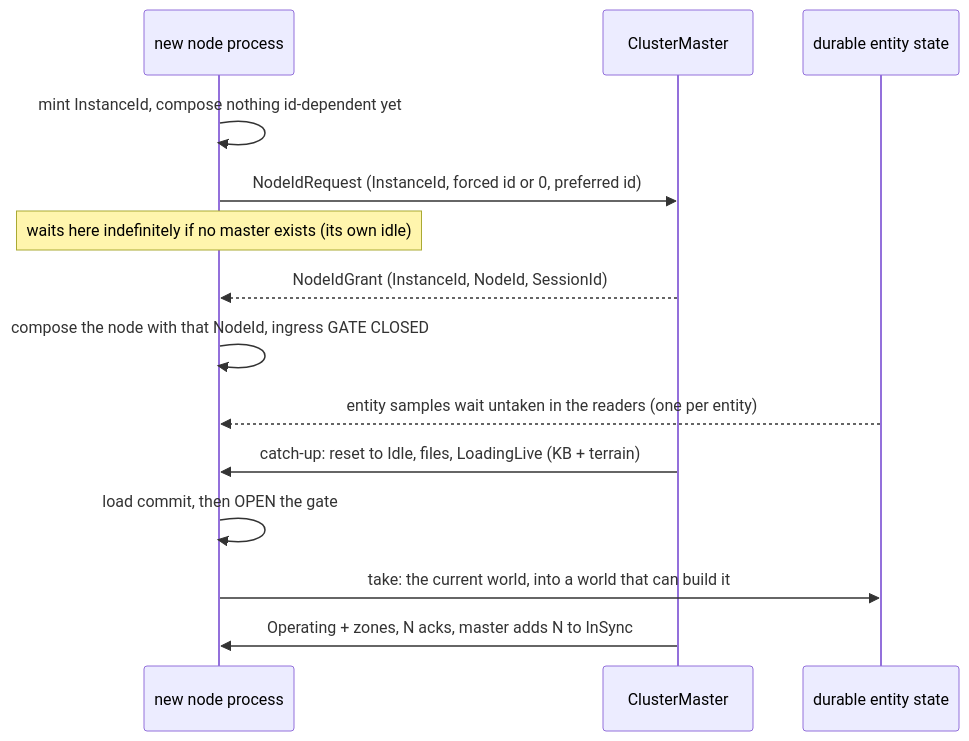
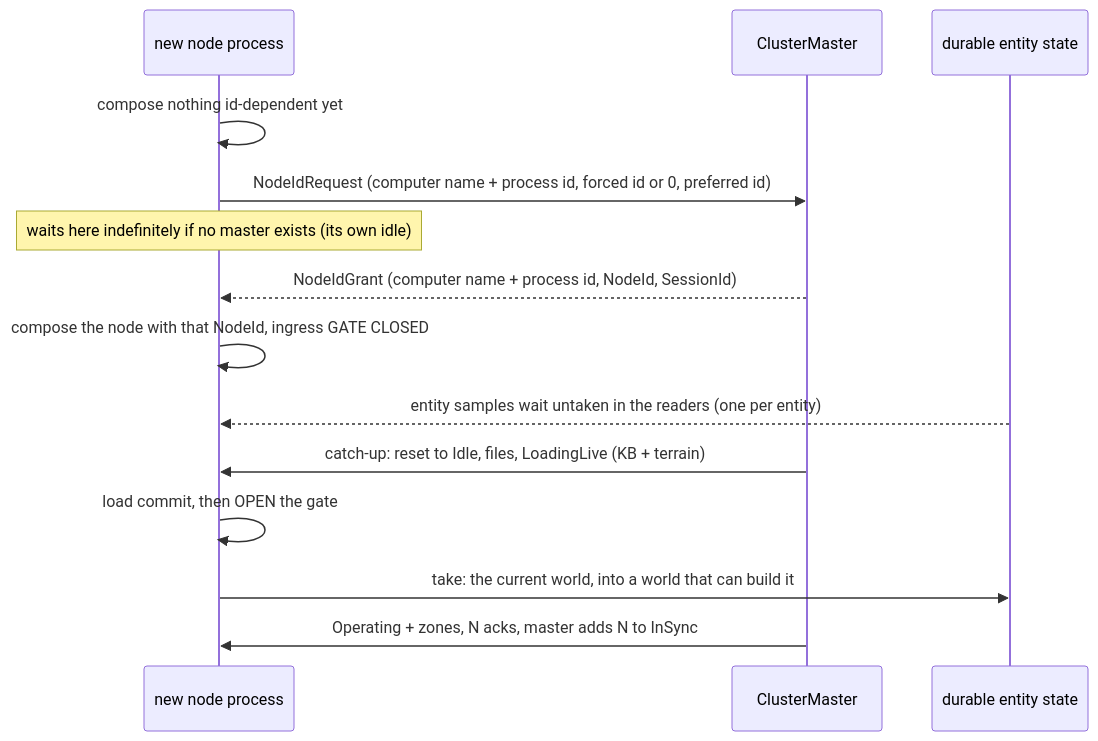
One commit to pjanec/HROT changed diagram 11 of 11 in docs/blueprints/Architect_Question_91_Player_Nodes.md. Above: the diagram before and after it, drawn with Mermaid. The commit also changed other lines of this file and 1 other file, not shown here.

First line of the commit message:
docs(rulings): R-4015 a late joiner never reads the scenario (K5′); R-4016 no random ids — a process is computer name + process id until the master names it (L1/R-4009 amended)

````diff
--- a/docs/blueprints/Architect_Question_91_Player_Nodes.md
+++ b/docs/blueprints/Architect_Question_91_Player_Nodes.md
@@ -927,16 +929,16 @@
 ```mermaid
 sequenceDiagram
   participant N as new node process
   participant M as ClusterMaster
   participant D as durable entity state
-  N->>N: mint InstanceId, compose nothing id-dependent yet
-  N->>M: NodeIdRequest (InstanceId, forced id or 0, preferred id)
+  N->>N: compose nothing id-dependent yet
+  N->>M: NodeIdRequest (computer name + process id, forced id or 0, preferred id)
   Note over N: waits here indefinitely if no master exists (its own idle)
-  M-->>N: NodeIdGrant (InstanceId, NodeId, SessionId)
+  M-->>N: NodeIdGrant (computer name + process id, NodeId, SessionId)
   N->>N: compose the node with that NodeId, ingress GATE CLOSED
   D-->>N: entity samples wait untaken in the readers (one per entity)
   M->>N: catch-up: reset to Idle, files, LoadingLive (KB + terrain)
   N->>N: load commit, then OPEN the gate
   N->>D: take: the current world, into a world that can build it
   M->>N: Operating + zones, N acks, master adds N to InSync
 ```
````
